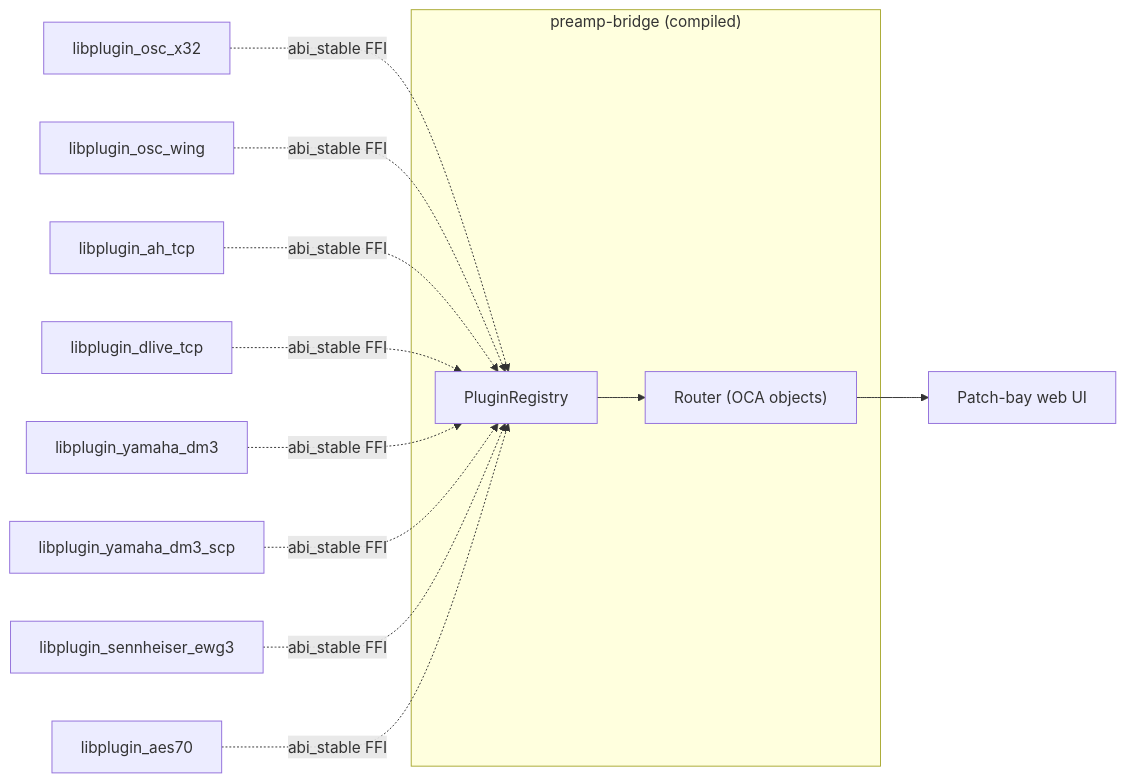
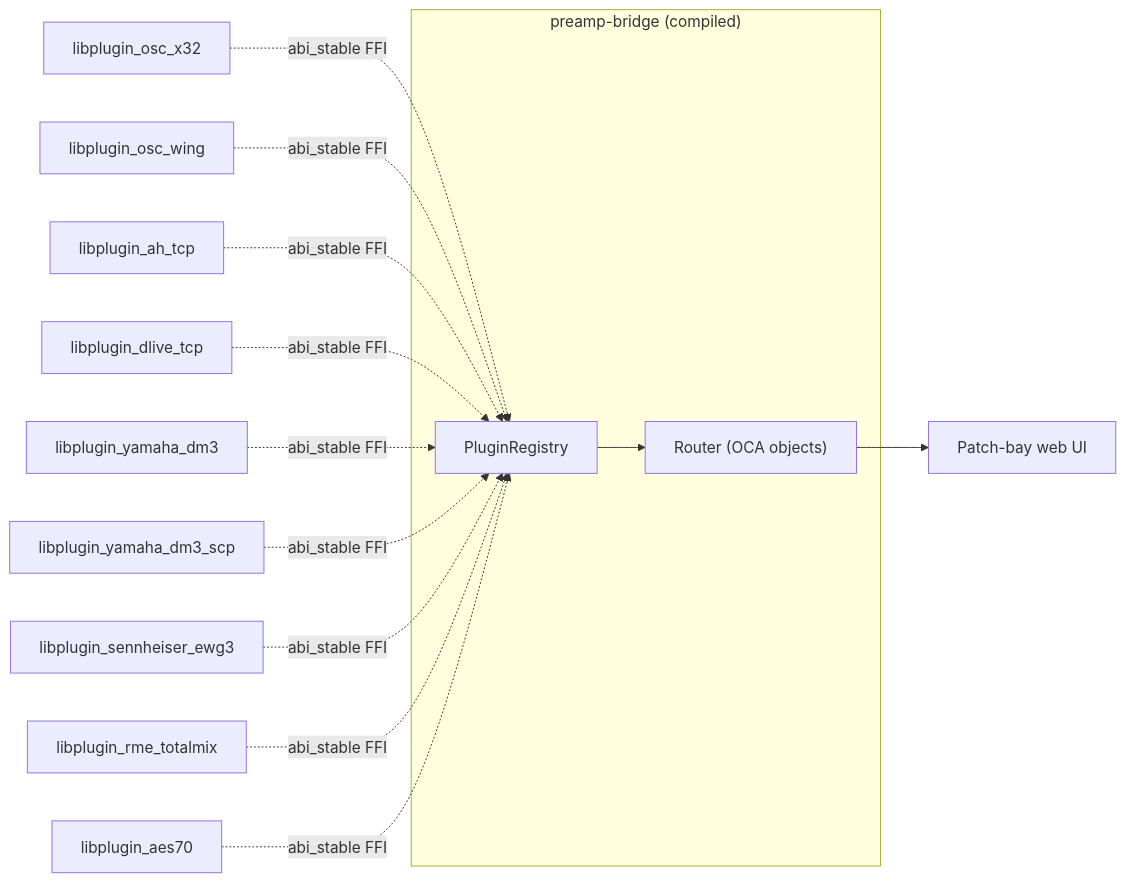
The second of 2 diagrams in README.md (stoatworks-labs/Dante-BabelBox), drawn with Mermaid before and after one commit. The commit also changed other lines of this file and 13 other files, not shown here.

First line of the commit message:
RME TotalMix FX adapter: hardware outputs as gain, over Global OSC

````diff
--- a/README.md
+++ b/README.md
@@ -259,16 +262,17 @@
 ```mermaid
 flowchart LR
     subgraph Host["preamp-bridge (compiled)"]
         Reg["PluginRegistry"]
         Reg --> Router
     end
     X32["libplugin_osc_x32"] -. abi_stable FFI .-> Reg
     Wing["libplugin_osc_wing"] -. abi_stable FFI .-> Reg
     Ahm["libplugin_ah_tcp"] -. abi_stable FFI .-> Reg
     Dlive["libplugin_dlive_tcp"] -. abi_stable FFI .-> Reg
     Dm3["libplugin_yamaha_dm3"] -. abi_stable FFI .-> Reg
     Dm3Scp["libplugin_yamaha_dm3_scp"] -. abi_stable FFI .-> Reg
     Ewg3["libplugin_sennheiser_ewg3"] -. abi_stable FFI .-> Reg
+    TotalMix["libplugin_rme_totalmix"] -. abi_stable FFI .-> Reg
     Aes70["libplugin_aes70"] -. abi_stable FFI .-> Reg
     Router["Router (OCA objects)"] --> Web["Patch-bay web UI"]
 ```
````
